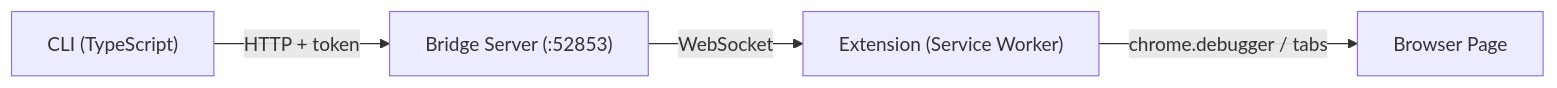
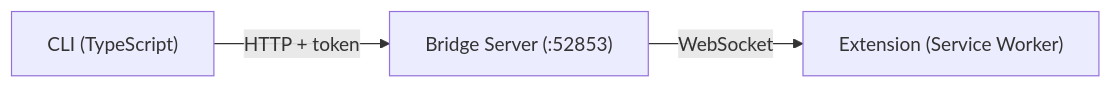
Before and after one commit to dreamhunter2333/browser-bridge-cli: the first of 3 diagrams in README.md, drawn with Mermaid. The commit also changed other lines of this file and 1 other file, not shown here.

Commit message:
Simplify README deployment diagrams

````diff
--- a/README.md
+++ b/README.md
@@ -7,11 +7,9 @@
 ```mermaid
 graph LR
     CLI["CLI (TypeScript)"]
     Bridge["Bridge Server (:52853)"]
     Ext["Extension (Service Worker)"]
-    Browser["Browser Page"]
 
     CLI -->|"HTTP + token"| Bridge
     Bridge -->|"WebSocket"| Ext
-    Ext -->|"chrome.debugger / tabs"| Browser
 ```
````
